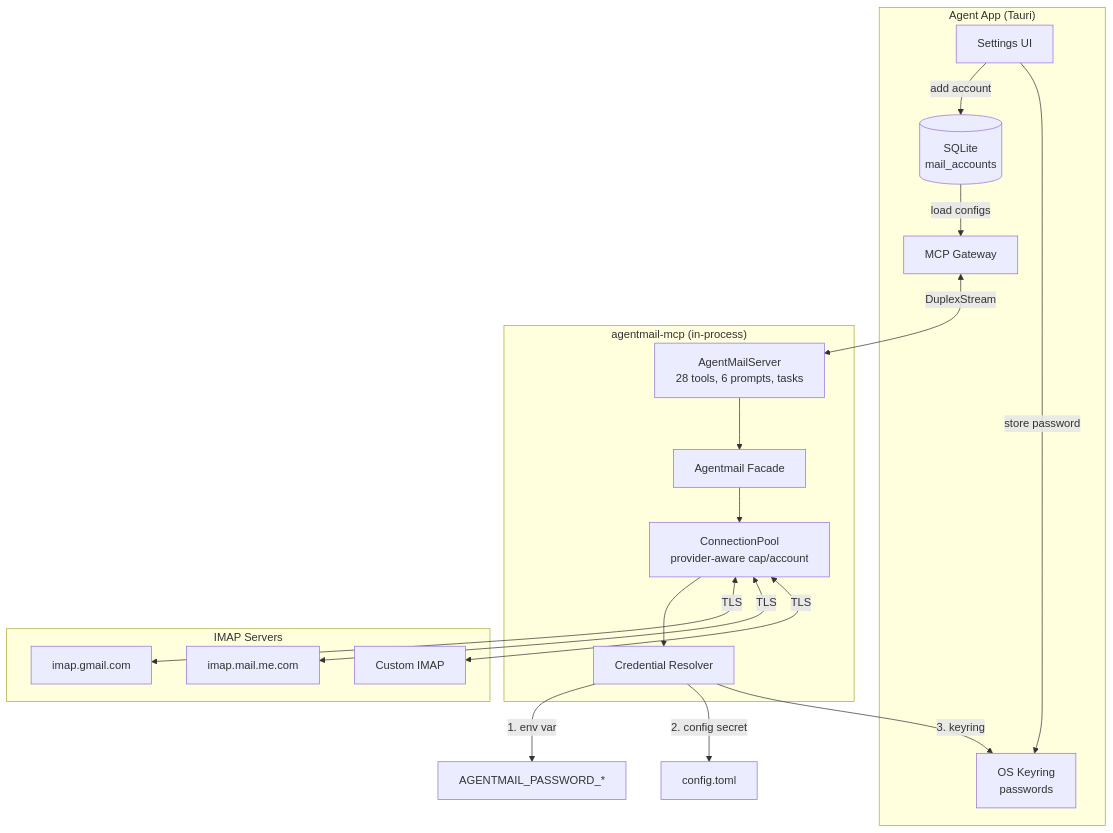
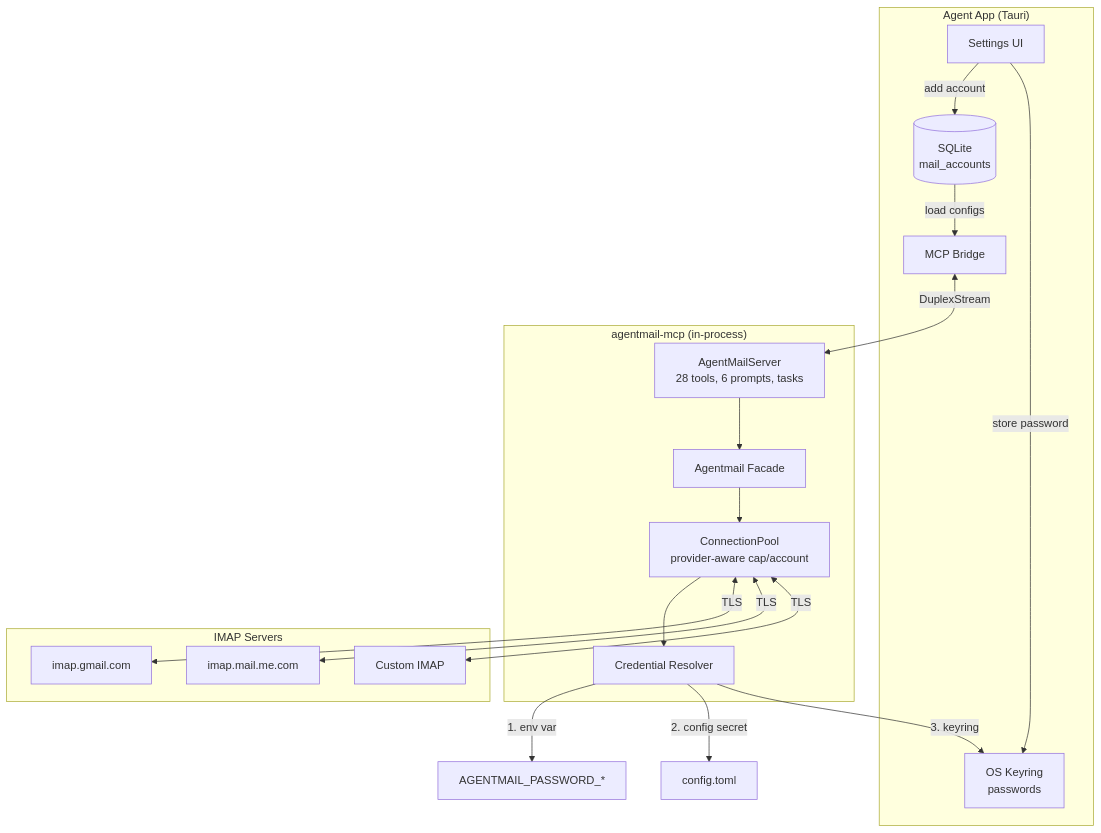
The first of 4 diagrams in DESIGN.md (Weekendsuperhero-io/agentmail), drawn with Mermaid before and after one commit. The commit also changed other lines of this file and 18 other files, not shown here.

````diff
--- a/DESIGN.md
+++ b/DESIGN.md
@@ -13,36 +13,36 @@
 ```mermaid
 graph TB
     subgraph "Agent App (Tauri)"
         UI[Settings UI]
         DB[(SQLite<br/>mail_accounts)]
         KR[OS Keyring<br/>passwords]
-        GW[MCP Gateway]
+        GW[MCP Bridge]
     end
 
     subgraph "agentmail-mcp (in-process)"
         MCP[AgentMailServer<br/>28 tools, 6 prompts, tasks]
         MK[Agentmail Facade]
         POOL[ConnectionPool<br/>provider-aware cap/account]
         CRED[Credential Resolver]
     end
 
     subgraph "IMAP Servers"
         GMAIL[imap.gmail.com]
         ICLOUD[imap.mail.me.com]
         CUSTOM[Custom IMAP]
     end
 
     UI -->|add account| DB
     UI -->|store password| KR
     DB -->|load configs| GW
     GW <-->|DuplexStream| MCP
     MCP --> MK
     MK --> POOL
     POOL --> CRED
     CRED -->|1. env var| ENV[AGENTMAIL_PASSWORD_*]
     CRED -->|2. config secret| CFG[config.toml]
     CRED -->|3. keyring| KR
     POOL <-->|TLS| GMAIL
     POOL <-->|TLS| ICLOUD
     POOL <-->|TLS| CUSTOM
 ```
````
